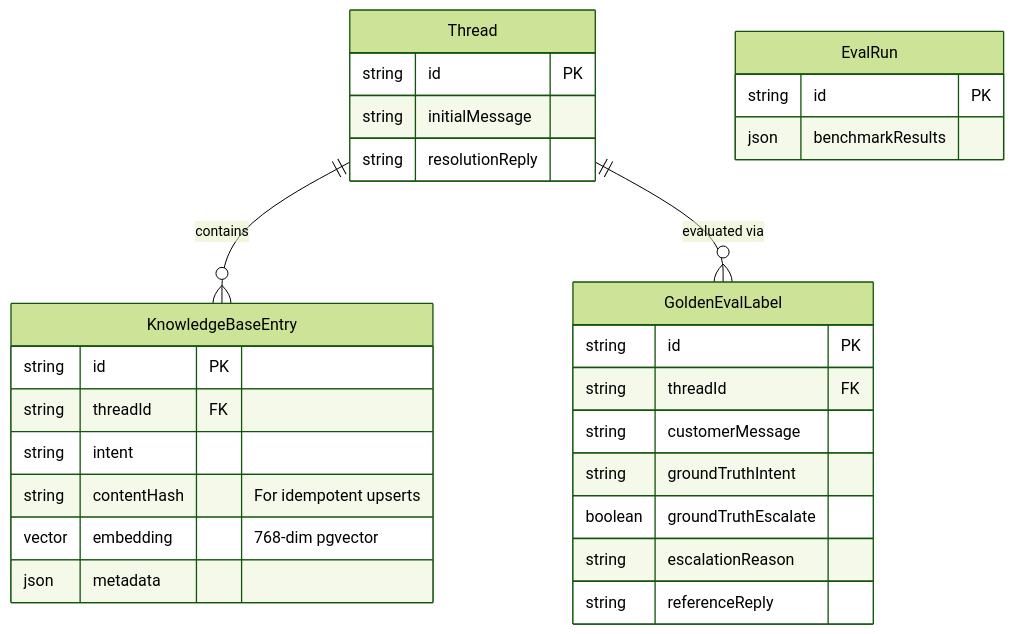
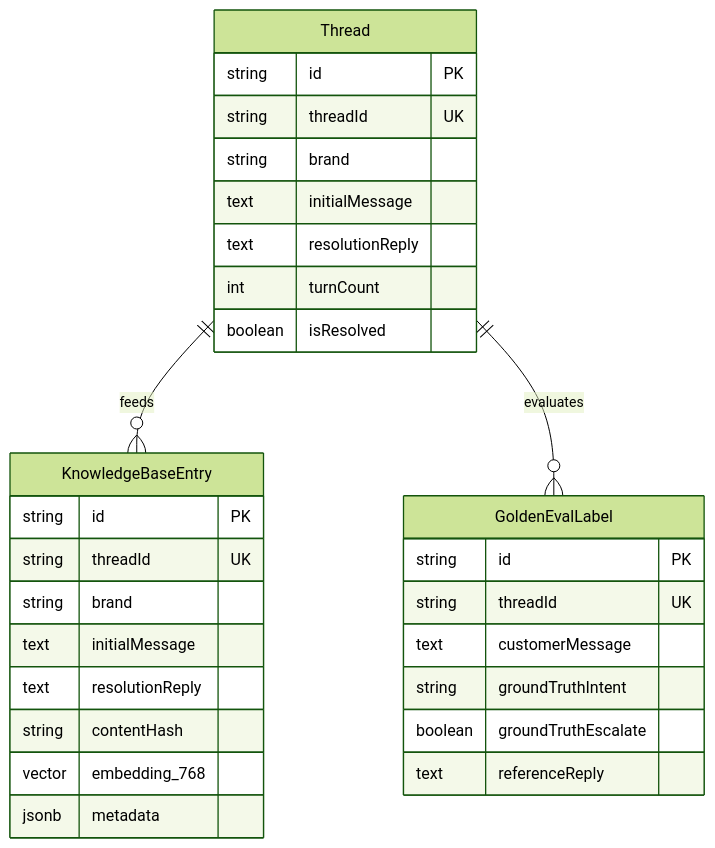
Before and after one commit to AdrishKarak/support-agent: the fourth of 4 diagrams in Architecture.md, drawn with Mermaid (forest theme). The commit also changed other lines of this file and 21 other files, not shown here.

````diff
--- a/Architecture.md
+++ b/Architecture.md
@@ -104,31 +67,32 @@
 ```mermaid
 erDiagram
-    Thread ||--o{ KnowledgeBaseEntry : contains
-    Thread ||--o{ GoldenEvalLabel : "evaluated via"
     Thread {
         string id PK
-        string initialMessage
-        string resolutionReply
+        string threadId UK
+        string brand
+        text initialMessage
+        text resolutionReply
+        int turnCount
+        boolean isResolved
     }
     KnowledgeBaseEntry {
         string id PK
-        string threadId FK
-        string intent
-        string contentHash "For idempotent upserts"
-        vector embedding "768-dim pgvector"
-        json metadata
+        string threadId UK
+        string brand
+        text initialMessage
+        text resolutionReply
+        string contentHash
+        vector embedding_768
+        jsonb metadata
     }
     GoldenEvalLabel {
         string id PK
-        string threadId FK
-        string customerMessage
+        string threadId UK
+        text customerMessage
         string groundTruthIntent
         boolean groundTruthEscalate
-        string escalationReason
-        string referenceReply
+        text referenceReply
     }
-    EvalRun {
-        string id PK
-        json benchmarkResults
-    }
+    Thread ||--o{ KnowledgeBaseEntry : feeds
+    Thread ||--o{ GoldenEvalLabel : evaluates
 ```
````
